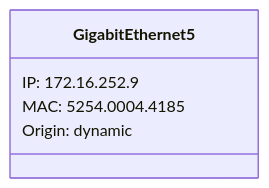
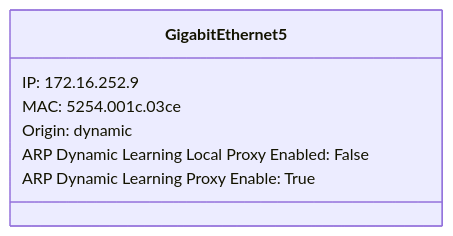
Before and after one commit to automateyournetwork/pyYAHTS: the eighth of 11 diagrams in Examples/IOS-XE/dist-rtr01 arp class.md, drawn with Mermaid. The commit also changed other lines of this file and 34 other files, not shown here.

Commit message:
ios-xe class diagrams

````diff
--- a/Examples/IOS-XE/dist-rtr01 arp class.md
+++ b/Examples/IOS-XE/dist-rtr01 arp class.md
@@ -58,8 +72,10 @@
 ```mermaid
 classDiagram
 class GigabitEthernet5{
 IP: 172.16.252.9
-MAC: 5254.0004.4185
+MAC: 5254.001c.03ce
 Origin: dynamic
+ARP Dynamic Learning Local Proxy Enabled: False
+ARP Dynamic Learning Proxy Enable: True
 }
 ```
````
